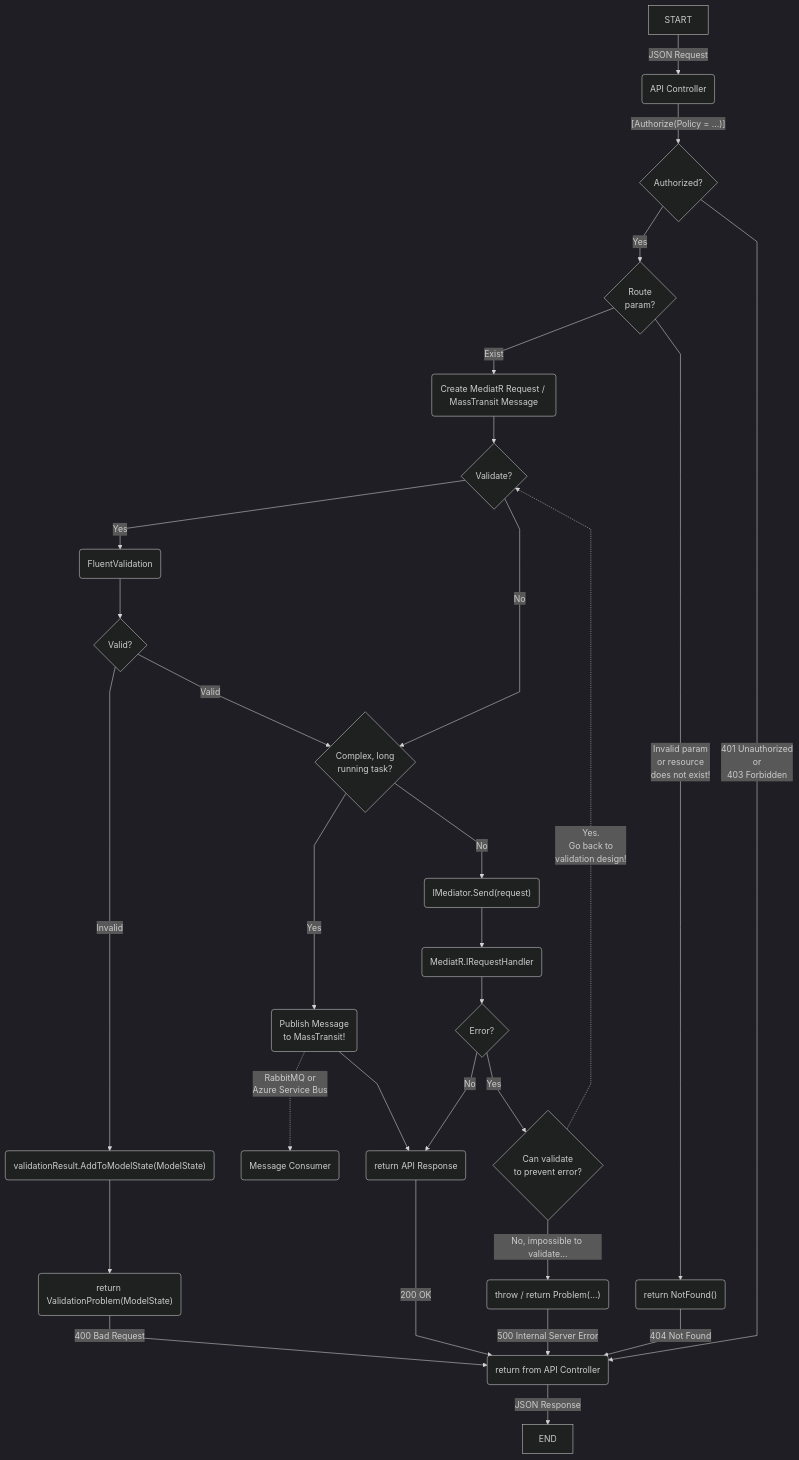
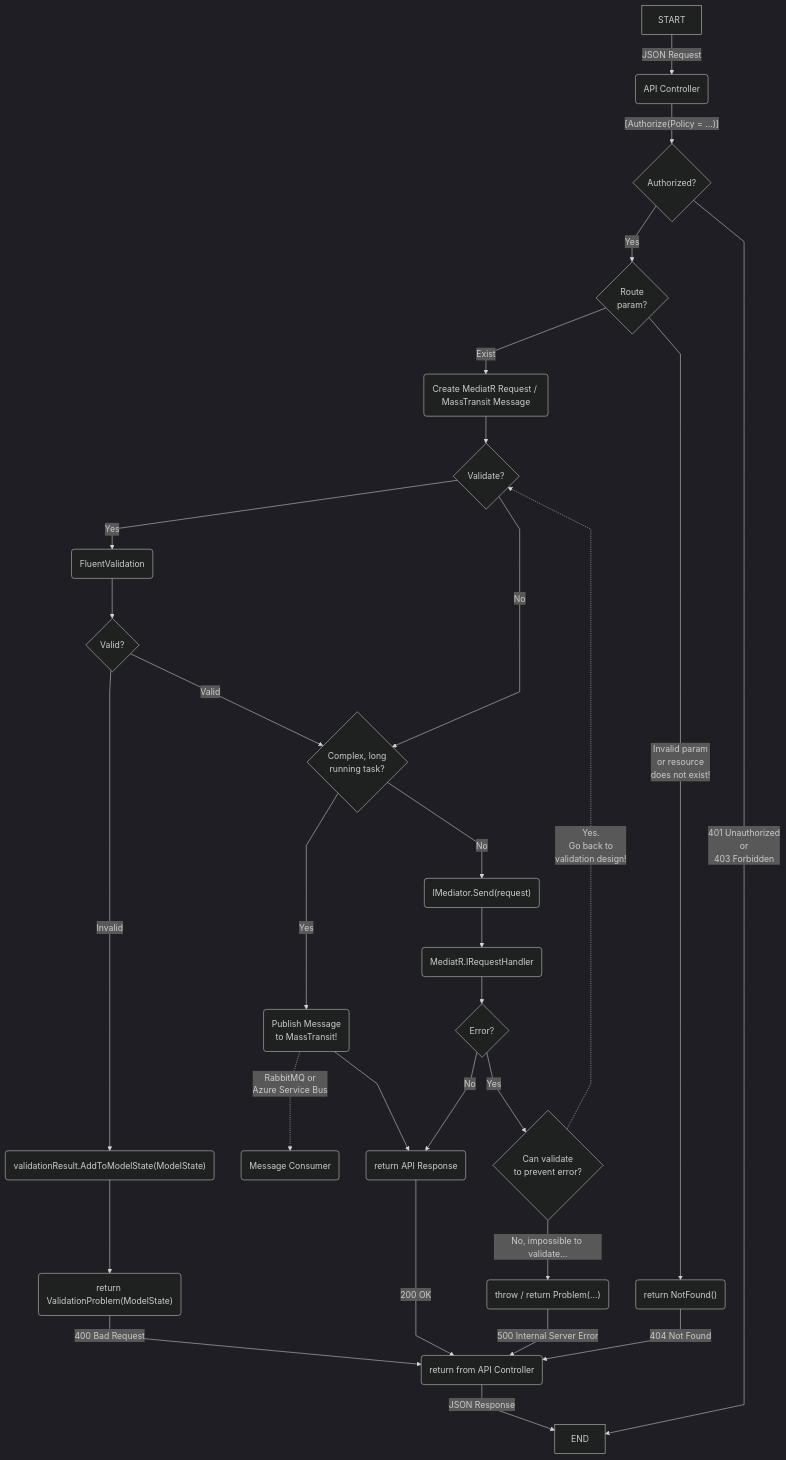
Before and after one commit to accelist/Accelist.WebApiStandard: the diagram in README.md, drawn with Mermaid (dark theme).

Commit message:
Make 401/403 directly to END

````diff
--- a/README.md
+++ b/README.md
@@ -80,32 +80,32 @@
 ```mermaid
 %%{init: {'flowchart' : {'curve' : 'linear'}}}%%
 graph TD
     START --> |JSON Request| A(API Controller)
     A --> |"[Authorize(Policy = ...)]"|AUTH{Authorized?}
     AUTH --> |Yes| R{Route<br/>param?}
-    AUTH --> |401 Unauthorized<br/>or<br/>403 Forbidden| BACK
+    AUTH --> |401 Unauthorized<br/>or<br/>403 Forbidden| END
     R --> |Exist| B(Create MediatR Request / MassTransit Message)
     R --> |Invalid param<br/>or resource<br/>does not exist!| R404("return NotFound()")
     R404 --> |404 Not Found| BACK
     B --> C{Validate?}
     C --> |Yes| D1(FluentValidation)
     C --> |No| F2
     D1 --> E{Valid?}
     E --> |Invalid| F400("validationResult.AddToModelState(ModelState)")
     E --> |Valid| F2
     F400 --> G400("return ValidationProblem(ModelState)")
     G400 --> |400 Bad Request| BACK
     F2{Complex, long<br/>running task?} --> |Yes| KBUS("Publish Message<br/>to MassTransit!")
     F2 --> |No| G
     G("IMediator.Send(request)") --> GX(MediatR.IRequestHandler)
     GX --> Catch{Error?}
     Catch --> |No| L200
     Catch --> |Yes| H500{Can validate<br/>to prevent error?}
     KBUS -.RabbitMQ or<br/>Azure Service Bus.-> MBUS(Message Consumer)
     KBUS --> L200
     L200("return API Response") --> |200 OK|BACK
     H500 -."Yes.<br/>Go back to<br/>validation design!".-> C
     H500 --> |No, impossible to validate...|I500("throw / return Problem(...)")
     I500 --> |500 Internal Server Error| BACK
     BACK(return from API Controller) --> |JSON Response| END
 ```
````
